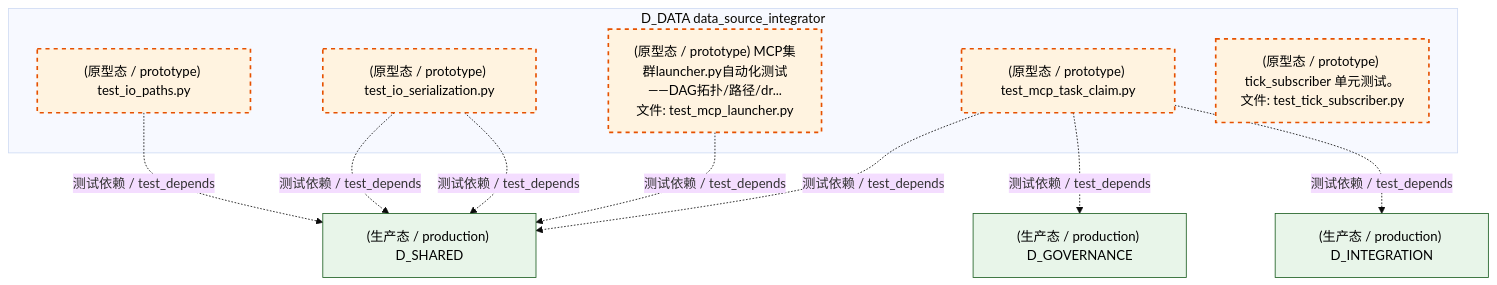
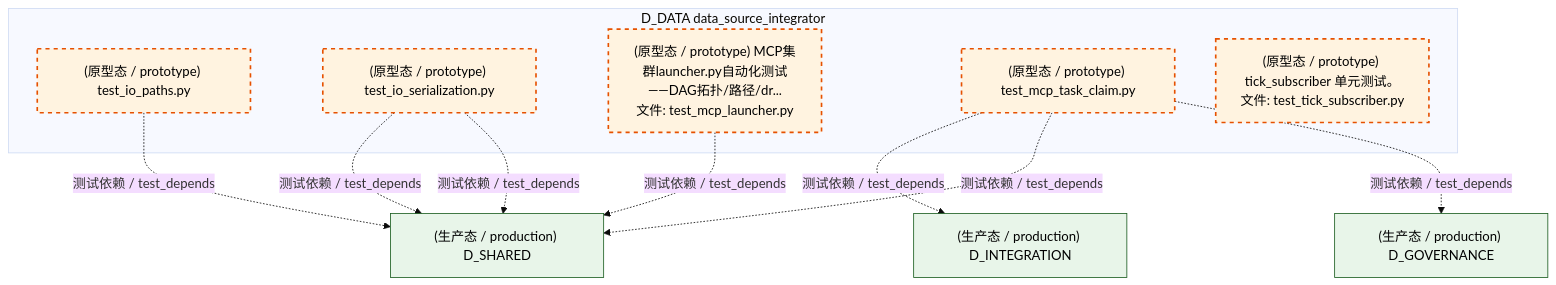
One commit to xuanFelixVan/ZephyrAlpha changed the third of 6 diagrams in docs/02_enterprise_architecture/02_domain_architecture_docs/61_d_data.md. Above: the diagram before and after it, drawn with Mermaid (base theme). The commit also changed other lines of this file and 126 other files, not shown here.

````diff
--- a/docs/02_enterprise_architecture/02_domain_architecture_docs/61_d_data.md
+++ b/docs/02_enterprise_architecture/02_domain_architecture_docs/61_d_data.md
@@ -311,26 +311,26 @@
 ```mermaid
 graph TD
     subgraph D_DATA["D_DATA data_source_integrator"]
         tests_io_test_io_paths_py["(原型态 / prototype) test_io_paths.py"]
         tests_io_test_io_serialization_py["(原型态 / prototype) test_io_serialization.py"]
         tests_io_test_mcp_launcher_py["(原型态 / prototype) MCP集群launcher.py自动化测试——DAG拓扑/路径/dr...<br/>文件: test_mcp_launcher.py"]
         tests_io_test_mcp_task_claim_py["(原型态 / prototype) test_mcp_task_claim.py"]
         tests_zephyr_data_test_tick_subscriber_py["(原型态 / prototype) tick_subscriber 单元测试。<br/>文件: test_tick_subscriber.py"]
     end
+    D_INTEGRATION["(生产态 / production) D_INTEGRATION"]
+    tests_io_test_mcp_task_claim_py -.->|测试依赖 / test_depends| D_INTEGRATION
     D_SHARED["(生产态 / production) D_SHARED"]
+    tests_io_test_io_serialization_py -.->|测试依赖 / test_depends| D_SHARED
     tests_io_test_mcp_task_claim_py -.->|测试依赖 / test_depends| D_SHARED
+    tests_io_test_io_serialization_py -.->|测试依赖 / test_depends| D_SHARED
     D_GOVERNANCE["(生产态 / production) D_GOVERNANCE"]
     tests_io_test_mcp_task_claim_py -.->|测试依赖 / test_depends| D_GOVERNANCE
-    tests_io_test_io_serialization_py -.->|测试依赖 / test_depends| D_SHARED
-    D_INTEGRATION["(生产态 / production) D_INTEGRATION"]
-    tests_io_test_mcp_task_claim_py -.->|测试依赖 / test_depends| D_INTEGRATION
-    tests_io_test_io_serialization_py -.->|测试依赖 / test_depends| D_SHARED
     tests_io_test_mcp_launcher_py -.->|测试依赖 / test_depends| D_SHARED
     tests_io_test_io_paths_py -.->|测试依赖 / test_depends| D_SHARED
     classDef production fill:#e1f5fe,stroke:#01579b,stroke-width:2px,color:#000
     classDef design fill:#fff3e0,stroke:#e65100,stroke-width:2px,color:#000,stroke-dasharray: 5 5
     classDef external_prod fill:#e8f5e9,stroke:#1b5e20,stroke-width:1px,color:#000
     classDef external_design fill:#fce4ec,stroke:#880e4f,stroke-width:1px,color:#000,stroke-dasharray: 5 5
     class tests_io_test_io_paths_py,tests_io_test_io_serialization_py,tests_io_test_mcp_launcher_py,tests_io_test_mcp_task_claim_py,tests_zephyr_data_test_tick_subscriber_py design
-    class D_SHARED,D_GOVERNANCE,D_INTEGRATION external_prod
+    class D_INTEGRATION,D_SHARED,D_GOVERNANCE external_prod
 ```
````
